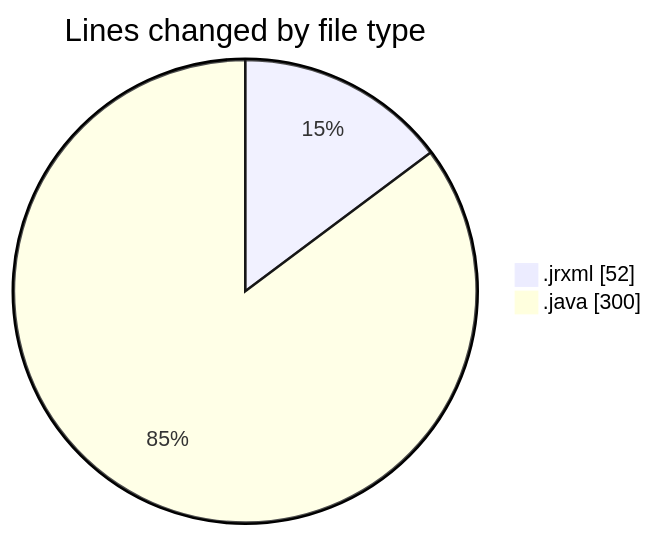
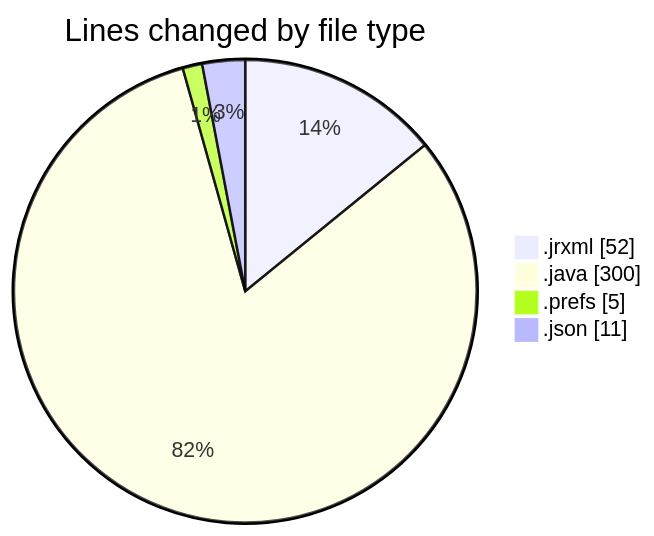
Before and after one commit to ricardozamudiocil/code-tracking: the first of 2 diagrams in 2026-09-28/cilreports__workspace_/README.md, drawn with Mermaid. The commit also changed other lines of this file and 1 other file, not shown here.

````diff
--- a/2026-09-28/cilreports__workspace_/README.md
+++ b/2026-09-28/cilreports__workspace_/README.md
@@ -22,6 +24,8 @@
 ```mermaid
 pie showData
 title Lines changed by file type
 ".jrxml" : 52
 ".java" : 300
+".prefs" : 5
+".json" : 11
 ```
````
